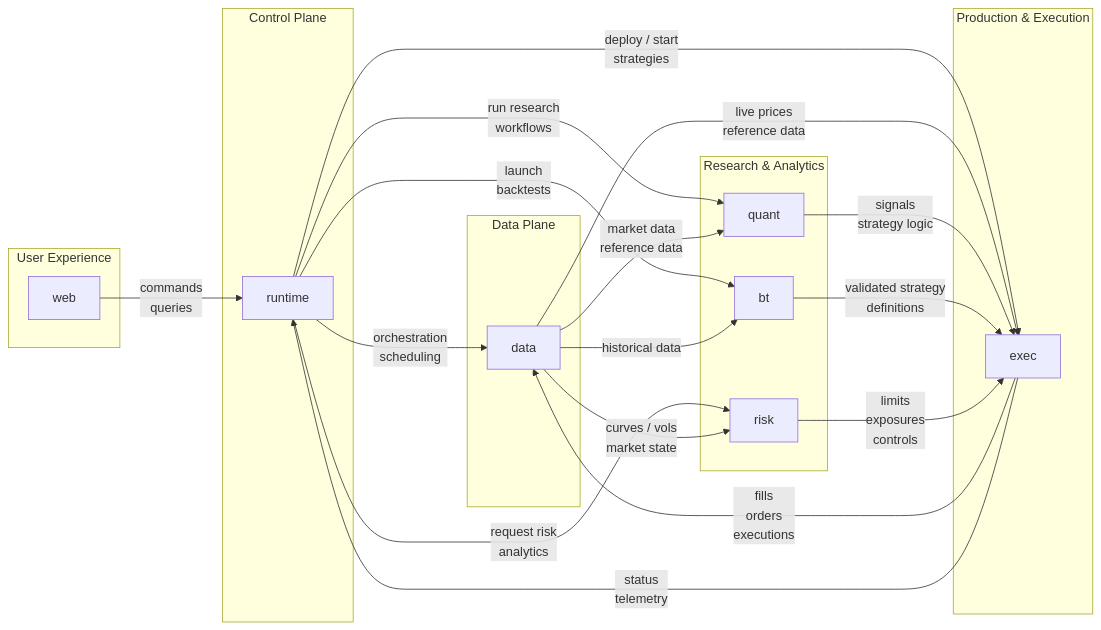
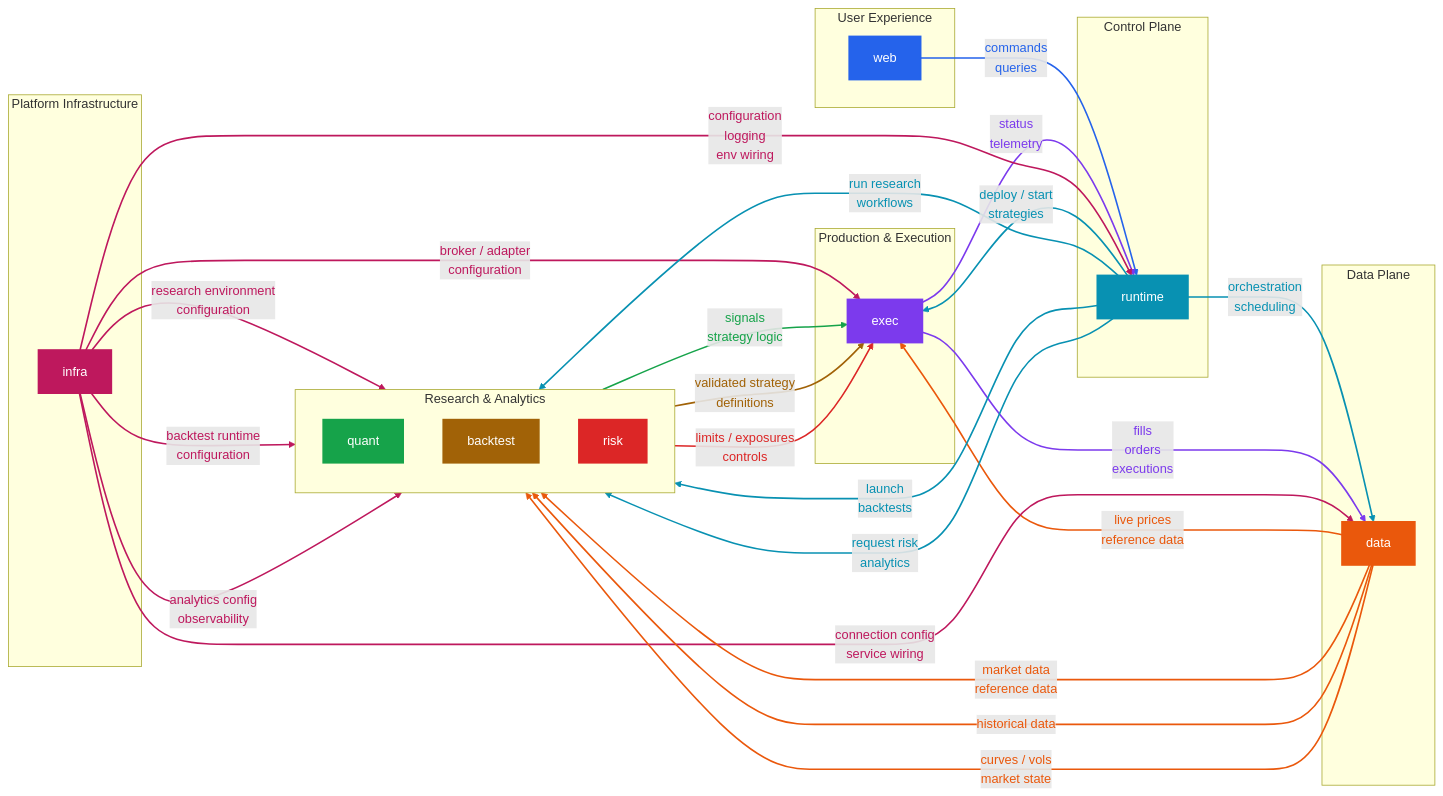
Before and after one commit to a4shubert/helix: the diagram in README.md, drawn with Mermaid. The commit also changed other lines of this file and 248 other files, not shown here.

````diff
--- a/README.md
+++ b/README.md
@@ -13,4 +13,5 @@
 ```mermaid
+%%{init: {'themeCSS': '.edgeLabel rect { fill: #ffffff !important; opacity: 1 !important; } .edgeLabel foreignObject { background: #ffffff !important; } .edgeLabel p { background: #ffffff !important; padding: 0 2px; }'}}%%
 flowchart LR
     subgraph UX[User Experience]
         WEB[web]
@@ -25,8 +26,9 @@
     end
 
     subgraph Research[Research & Analytics]
+        direction TB
         QUANT[quant]
-        BT[bt]
+        BACKTEST[backtest]
         RISK[risk]
     end
 
@@ -34,23 +36,61 @@
         EXEC[exec]
     end
 
+    subgraph Platform[Platform Infrastructure]
+        INFRA[infra]
+    end
+
     WEB -->|commands<br/>queries| RT
 
     RT -->|orchestration<br/>scheduling| DATA
     RT -->|run research<br/>workflows| QUANT
-    RT -->|launch<br/>backtests| BT
+    RT -->|launch<br/>backtests| BACKTEST
     RT -->|request risk<br/>analytics| RISK
     RT -->|deploy / start<br/>strategies| EXEC
 
     DATA -->|market data<br/>reference data| QUANT
-    DATA -->|historical data| BT
+    DATA -->|historical data| BACKTEST
     DATA -->|curves / vols<br/>market state| RISK
     DATA -->|live prices<br/>reference data| EXEC
 
     QUANT -->|signals<br/>strategy logic| EXEC
-    BT -->|validated strategy<br/>definitions| EXEC
-    RISK -->|limits<br/>exposures<br/>controls| EXEC
+    BACKTEST -->|validated strategy<br/>definitions| EXEC
+    RISK -->|limits / exposures<br/>controls| EXEC
 
     EXEC -->|fills<br/>orders<br/>executions| DATA
     EXEC -->|status<br/>telemetry| RT
+
+    INFRA -->|configuration<br/>logging<br/>env wiring| RT
+    INFRA -->|connection config<br/>service wiring| DATA
+    INFRA -->|research environment<br/>configuration| QUANT
+    INFRA -->|backtest runtime<br/>configuration| BACKTEST
+    INFRA -->|analytics config<br/>observability| RISK
+    INFRA -->|broker / adapter<br/>configuration| EXEC
+
+    classDef webStyle fill:#2563eb,stroke:#2563eb,color:#ffffff,stroke-width:2px
+    classDef runtimeStyle fill:#0891b2,stroke:#0891b2,color:#ffffff,stroke-width:2px
+    classDef dataStyle fill:#ea580c,stroke:#ea580c,color:#ffffff,stroke-width:2px
+    classDef quantStyle fill:#16a34a,stroke:#16a34a,color:#ffffff,stroke-width:2px
+    classDef backtestStyle fill:#a16207,stroke:#a16207,color:#ffffff,stroke-width:2px
+    classDef riskStyle fill:#dc2626,stroke:#dc2626,color:#ffffff,stroke-width:2px
+    classDef execStyle fill:#7c3aed,stroke:#7c3aed,color:#ffffff,stroke-width:2px
+    classDef infraStyle fill:#be185d,stroke:#be185d,color:#ffffff,stroke-width:2px
+
+    class WEB webStyle
+    class RT runtimeStyle
+    class DATA dataStyle
+    class QUANT quantStyle
+    class BACKTEST backtestStyle
+    class RISK riskStyle
+    class EXEC execStyle
+    class INFRA infraStyle
+
+    linkStyle 0 stroke:#2563eb,stroke-width:2px,color:#2563eb
+    linkStyle 1,2,3,4,5 stroke:#0891b2,stroke-width:2px,color:#0891b2
+    linkStyle 6,7,8,9 stroke:#ea580c,stroke-width:2px,color:#ea580c
+    linkStyle 10 stroke:#16a34a,stroke-width:2px,color:#16a34a
+    linkStyle 11 stroke:#a16207,stroke-width:2px,color:#a16207
+    linkStyle 12 stroke:#dc2626,stroke-width:2px,color:#dc2626
+    linkStyle 13,14 stroke:#7c3aed,stroke-width:2px,color:#7c3aed
+    linkStyle 15,16,17,18,19,20 stroke:#be185d,stroke-width:2px,color:#be185d
 ```
````
